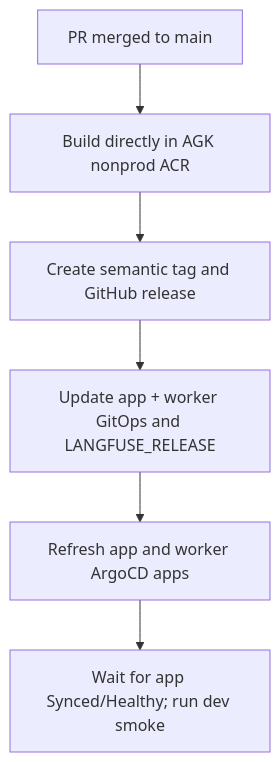
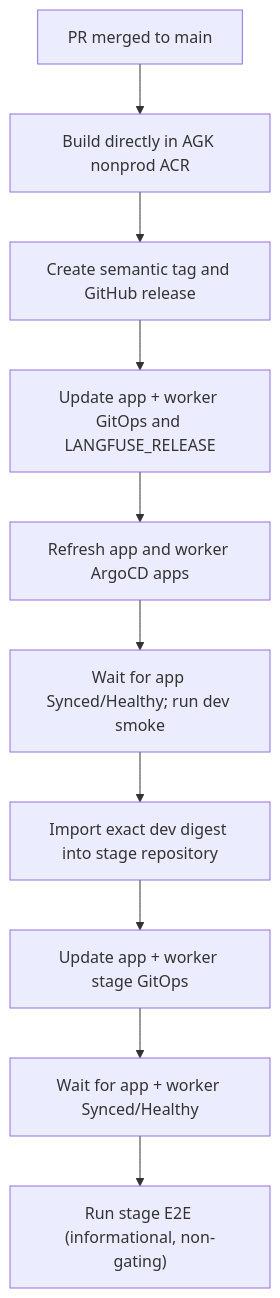
The ninth of 10 diagrams in knauf/docs/reference/agentic-karl-architecture.md (Falenos/LibreChat), drawn with Mermaid before and after one commit. The commit also changed other lines of this file and 4 other files, not shown here.

````diff
--- a/knauf/docs/reference/agentic-karl-architecture.md
+++ b/knauf/docs/reference/agentic-karl-architecture.md
@@ -901,11 +901,15 @@
 ```mermaid
 flowchart TB
   merge["PR merged to main"]
   build["Build directly in AGK nonprod ACR"]
   release["Create semantic tag and GitHub release"]
   values["Update app + worker GitOps and LANGFUSE_RELEASE"]
   argo["Refresh app and worker ArgoCD apps"]
   healthy["Wait for app Synced/Healthy; run dev smoke"]
+  importStage["Import exact dev digest into stage repository"]
+  updateStage["Update app + worker stage GitOps"]
+  argoStage["Wait for app + worker Synced/Healthy"]
+  e2e["Run stage E2E (informational, non-gating)"]
 
-  merge --> build --> release --> values --> argo --> healthy
+  merge --> build --> release --> values --> argo --> healthy --> importStage --> updateStage --> argoStage --> e2e
 ```
````
